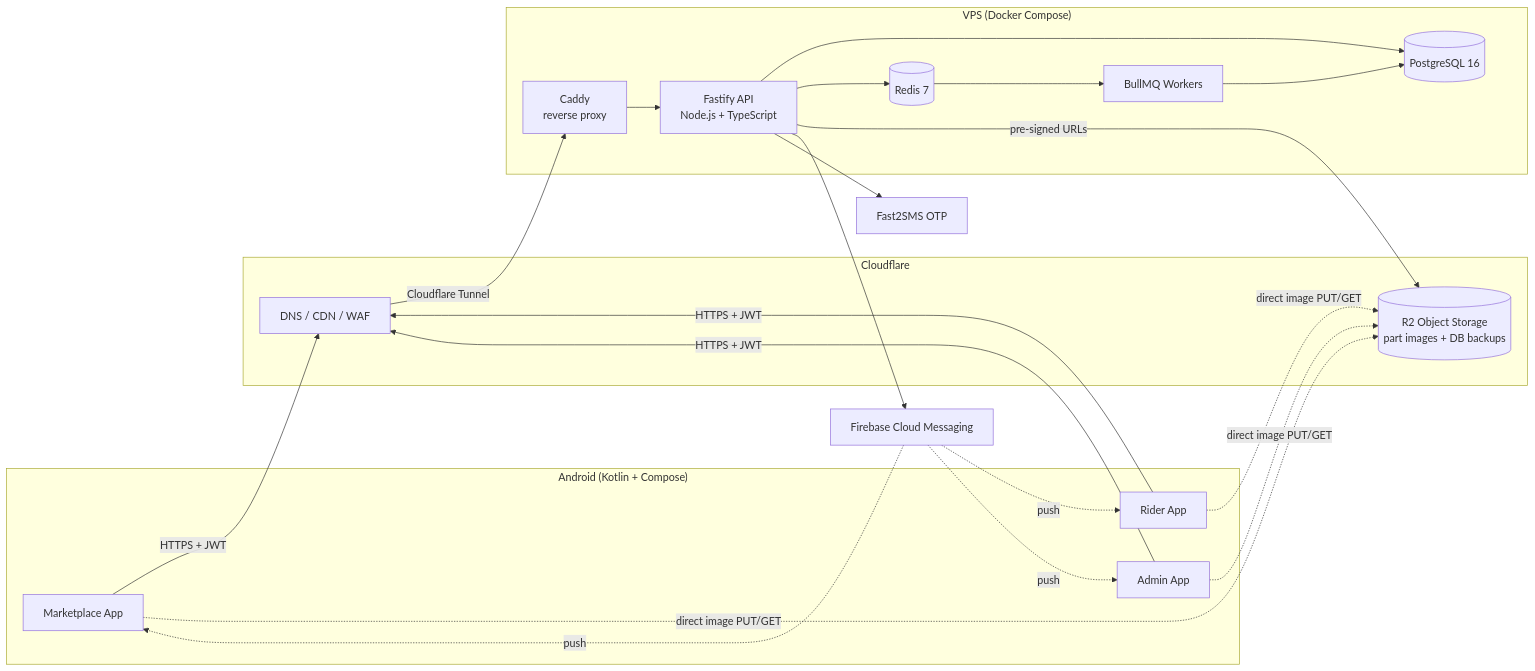
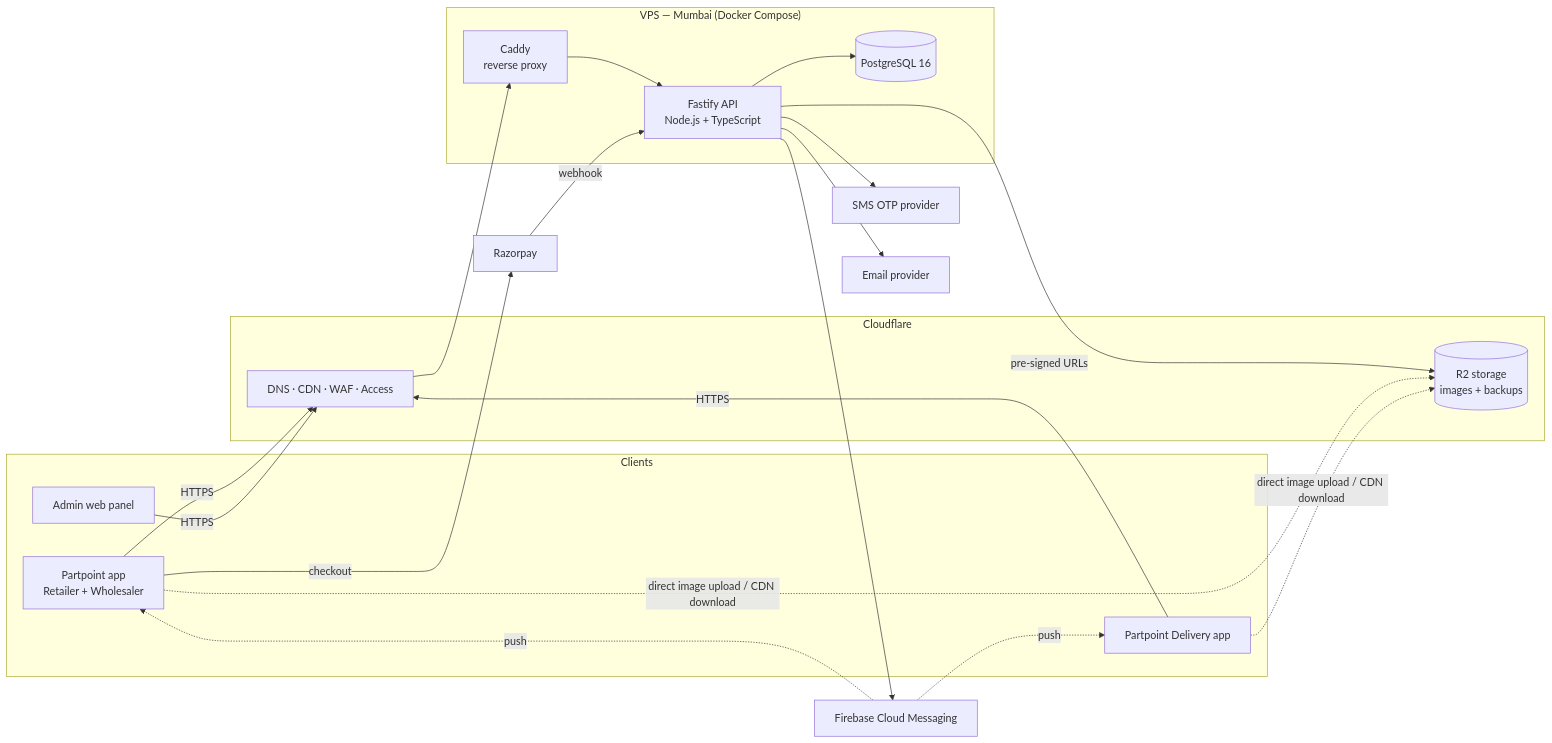
One commit to rohan1256tech/Partpoint changed the diagram in README.md. Above: the diagram before and after it, drawn with Mermaid. The commit also changed other lines of this file and 1 other file, not shown here.

Commit message:
docs: update README for two-app architecture, Play compliance, security, and launch costs

````diff
--- a/README.md
+++ b/README.md
@@ -50,35 +117,32 @@
 ```mermaid
 flowchart LR
-    subgraph Android["Android (Kotlin + Compose)"]
-        M[Marketplace App]
-        R[Rider App]
-        A[Admin App]
+    subgraph Clients
+        P[Partpoint app<br/>Retailer + Wholesaler]
+        D[Partpoint Delivery app]
+        A[Admin web panel]
     end
 
-    subgraph CF["Cloudflare"]
-        EDGE[DNS / CDN / WAF]
-        R2[(R2 Object Storage<br/>part images + DB backups)]
+    subgraph CF[Cloudflare]
+        EDGE[DNS · CDN · WAF · Access]
+        R2[(R2 storage<br/>images + backups)]
     end
 
-    subgraph VPS["VPS (Docker Compose)"]
+    subgraph VPS["VPS — Mumbai (Docker Compose)"]
         CADDY[Caddy<br/>reverse proxy]
         API[Fastify API<br/>Node.js + TypeScript]
-        WORKER[BullMQ Workers]
         PG[(PostgreSQL 16)]
-        REDIS[(Redis 7)]
     end
 
+    RZP[Razorpay]
     FCM[Firebase Cloud Messaging]
-    SMS[Fast2SMS OTP]
+    SMS[SMS OTP provider]
+    MAIL[Email provider]
 
-    M & R & A -->|HTTPS + JWT| EDGE
-    EDGE -->|Cloudflare Tunnel| CADDY --> API
-    API --> PG
-    API --> REDIS
-    REDIS --> WORKER
-    WORKER --> PG
+    P & D & A -->|HTTPS| EDGE --> CADDY --> API --> PG
     API -->|pre-signed URLs| R2
-    M & R & A -.->|direct image PUT/GET| R2
-    API --> FCM -.->|push| M & R & A
+    P & D -.->|direct image upload / CDN download| R2
+    P -->|checkout| RZP -->|webhook| API
+    API --> FCM -.->|push| P & D
     API --> SMS
+    API --> MAIL
 ```
````
